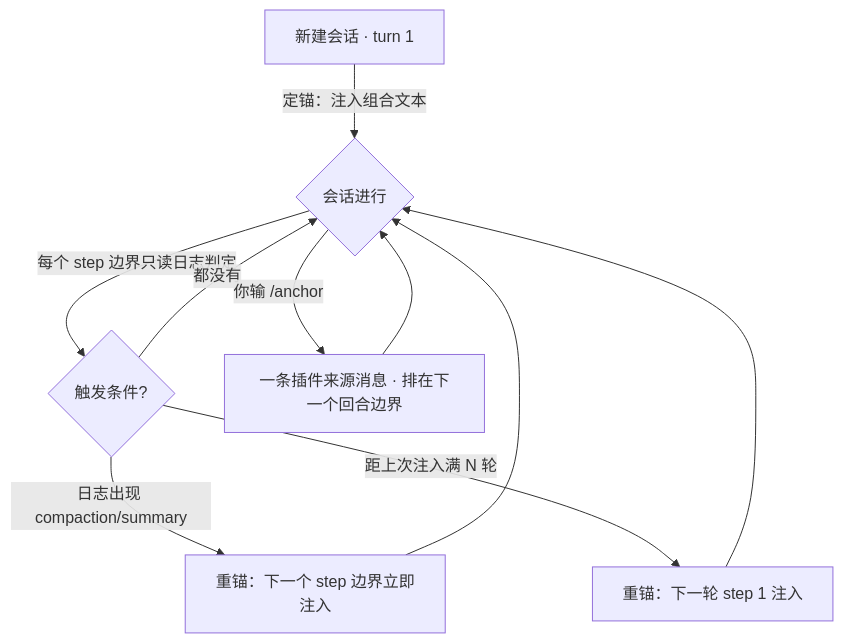
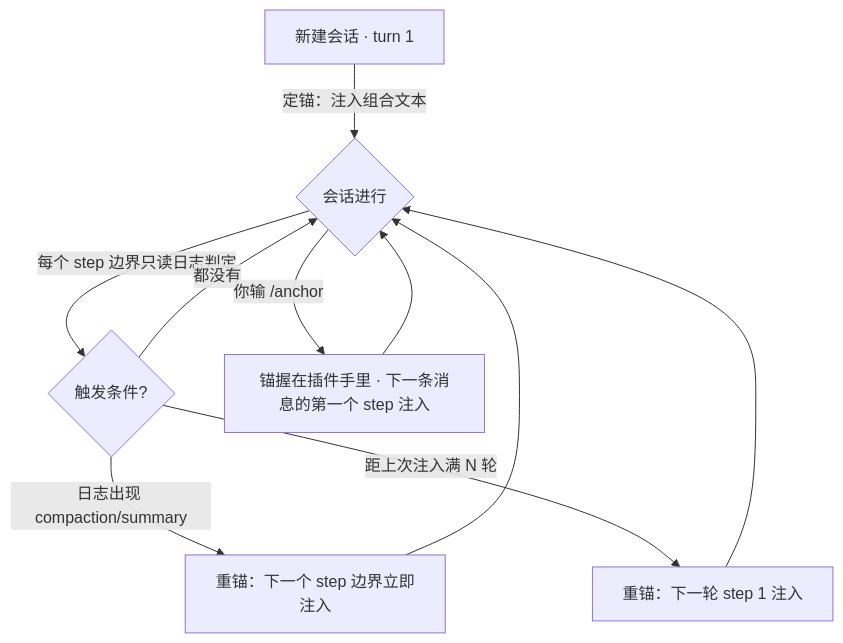
One commit to yeastcloud/dsh-anchor changed the diagram in README.md. Above: the diagram before and after it, drawn with Mermaid. The commit also changed other lines of this file and 5 other files, not shown here.

````diff
--- a/README.md
+++ b/README.md
@@ -83,12 +83,12 @@
 ```mermaid
 graph TD
   A[新建会话 · turn 1] -->|定锚：注入组合文本| B{会话进行}
   B -->|每个 step 边界只读日志判定| C{触发条件?}
   C -->|日志出现 compaction/summary| D[重锚：下一个 step 边界立即注入]
   C -->|距上次注入满 N 轮| E[重锚：下一轮 step 1 注入]
   C -->|都没有| B
   D --> B
   E --> B
-  B -->|你输 /anchor| F[一条插件来源消息 · 排在下一个回合边界]
+  B -->|你输 /anchor| F[锚握在插件手里 · 下一条消息的第一个 step 注入]
   F --> B
 ```
````
